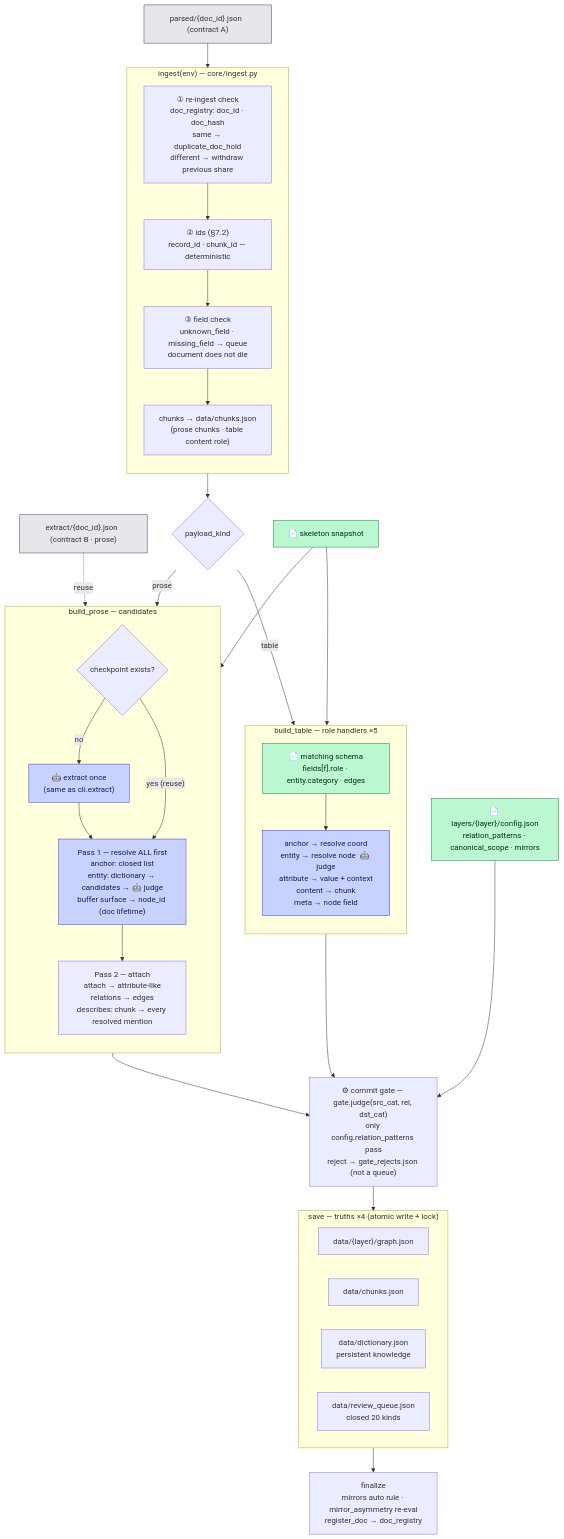
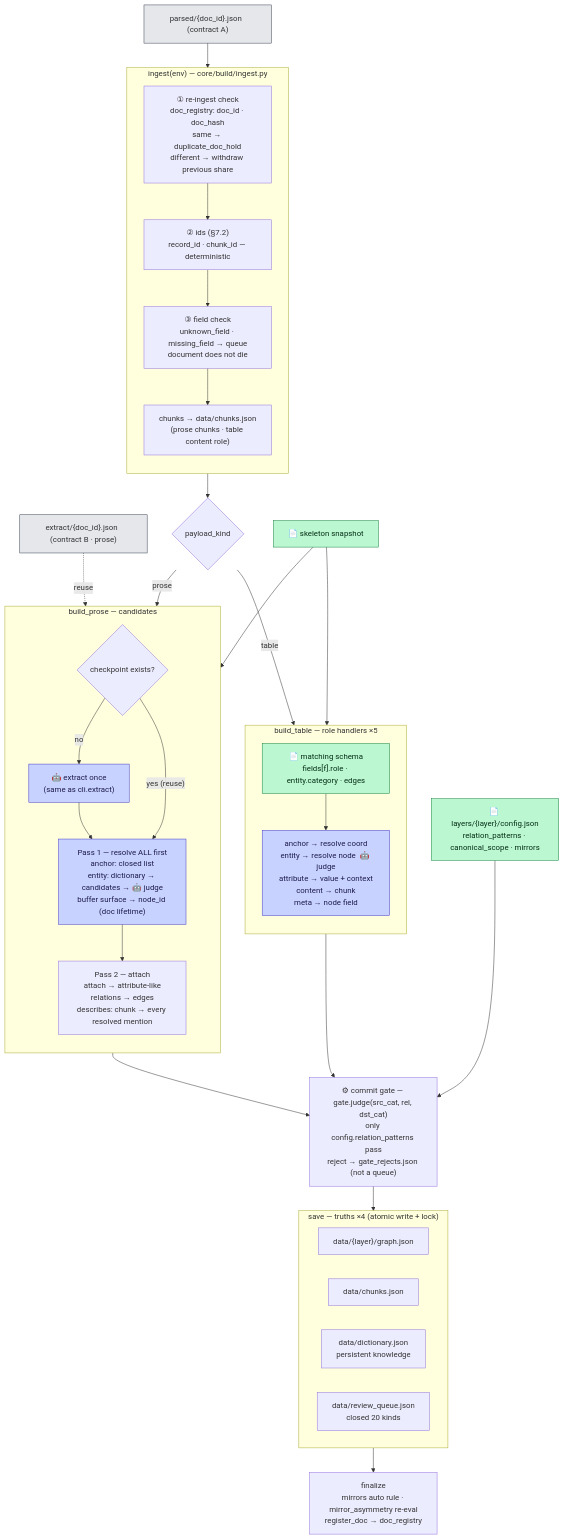
The diagram in docs/구조도/03_구축.md (playjae0/ontology_system), drawn with Mermaid before and after one commit. The commit also changed other lines of this file and 32 other files, not shown here.

````diff
--- a/docs/구조도/03_구축.md
+++ b/docs/구조도/03_구축.md
@@ -10,65 +12,65 @@
 ```mermaid
 flowchart TD
   PJ["parsed/{doc_id}.json  (contract A)"]
   EJ["extract/{doc_id}.json  (contract B · prose)"]
 
-  subgraph ING["ingest(env) — core/ingest.py"]
+  subgraph ING["ingest(env) — core/build/ingest.py"]
     direction TB
     RE["① re-ingest check<br/>doc_registry: doc_id · doc_hash<br/>same → duplicate_doc_hold<br/>different → withdraw previous share"]
     ID["② ids (§7.2)<br/>record_id · chunk_id — deterministic"]
     FC["③ field check<br/>unknown_field · missing_field → queue<br/>document does not die"]
     CH["chunks → data/chunks.json<br/>(prose chunks · table content role)"]
     RE --> ID --> FC --> CH
   end
   PJ --> RE
 
   BR{"payload_kind"}
   CH --> BR
 
   subgraph TB["build_table — role handlers ×5"]
     direction TB
     SC["📄 matching schema<br/>fields[f].role · entity.category · edges"]
     HD["anchor → resolve coord<br/>entity → resolve node  🤖 judge<br/>attribute → value + context<br/>content → chunk<br/>meta → node field"]
     SC --> HD
   end
 
   subgraph PB["build_prose — candidates"]
     direction TB
     CK{"checkpoint exists?"}
     EX["🤖 extract once<br/>(same as cli.extract)"]
     P1["Pass 1 — resolve ALL first<br/>anchor: closed list<br/>entity: dictionary → candidates → 🤖 judge<br/>buffer surface → node_id (doc lifetime)"]
     P2["Pass 2 — attach<br/>attach → attribute-like<br/>relations → edges<br/>describes: chunk → every resolved mention"]
     CK -- "no" --> EX --> P1
     CK -- "yes (reuse)" --> P1
     P1 --> P2
   end
   BR -- "table" --> SC
   BR -- "prose" --> CK
   EJ -. "reuse" .-> CK
 
   GT["⚙ commit gate — gate.judge(src_cat, rel, dst_cat)<br/>only config.relation_patterns pass<br/>reject → gate_rejects.json (not a queue)"]
   HD --> GT
   P2 --> GT
 
   subgraph SAVE["save — truths ×4  (atomic write + lock)"]
     direction LR
     G["data/{layer}/graph.json"]
     C["data/chunks.json"]
     D["data/dictionary.json<br/>persistent knowledge"]
     Q["data/review_queue.json<br/>closed 20 kinds"]
   end
   GT --> SAVE
   FIN["finalize<br/>mirrors auto rule · mirror_asymmetry re-eval<br/>register_doc → doc_registry"]
   SAVE --> FIN
 
   CFG["📄 layers/{layer}/config.json<br/>relation_patterns · canonical_scope · mirrors"] --> GT
   SK["📄 skeleton snapshot"] --> P1
   SK --> HD
 
   classDef llm fill:#c7d2fe,stroke:#4338ca,color:#1e1b4b
   classDef asset fill:#bbf7d0,stroke:#15803d,color:#052e16
   classDef file fill:#e5e7eb,stroke:#374151
   class EX,HD,P1 llm
   class SC,CFG,SK asset
   class PJ,EJ file
 ```
````
